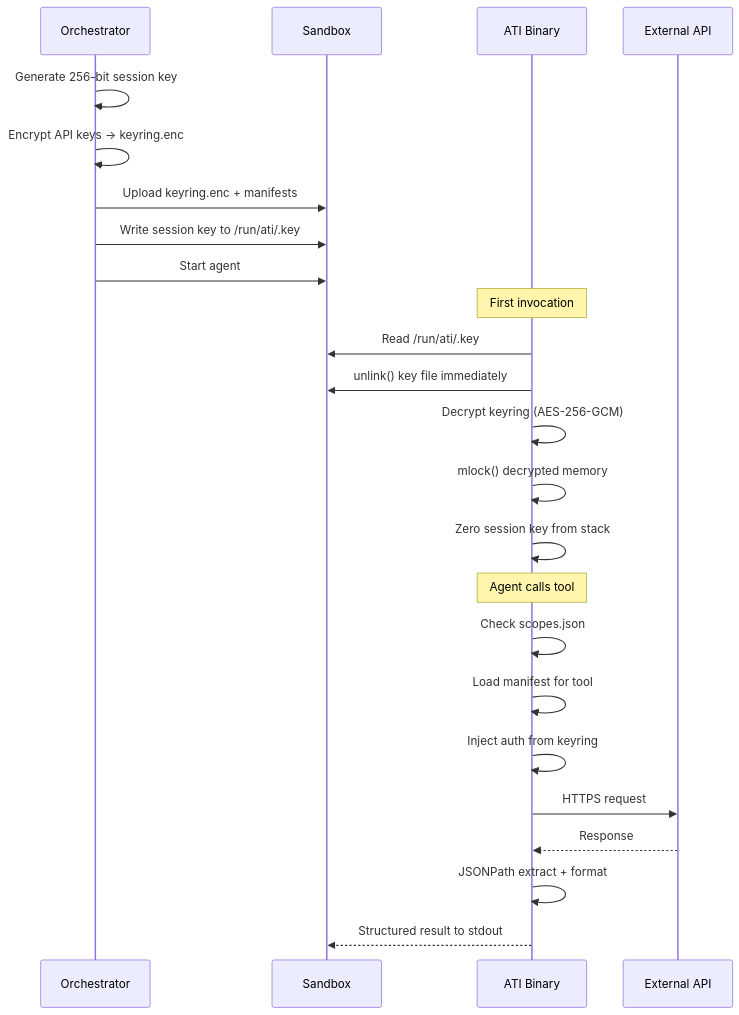
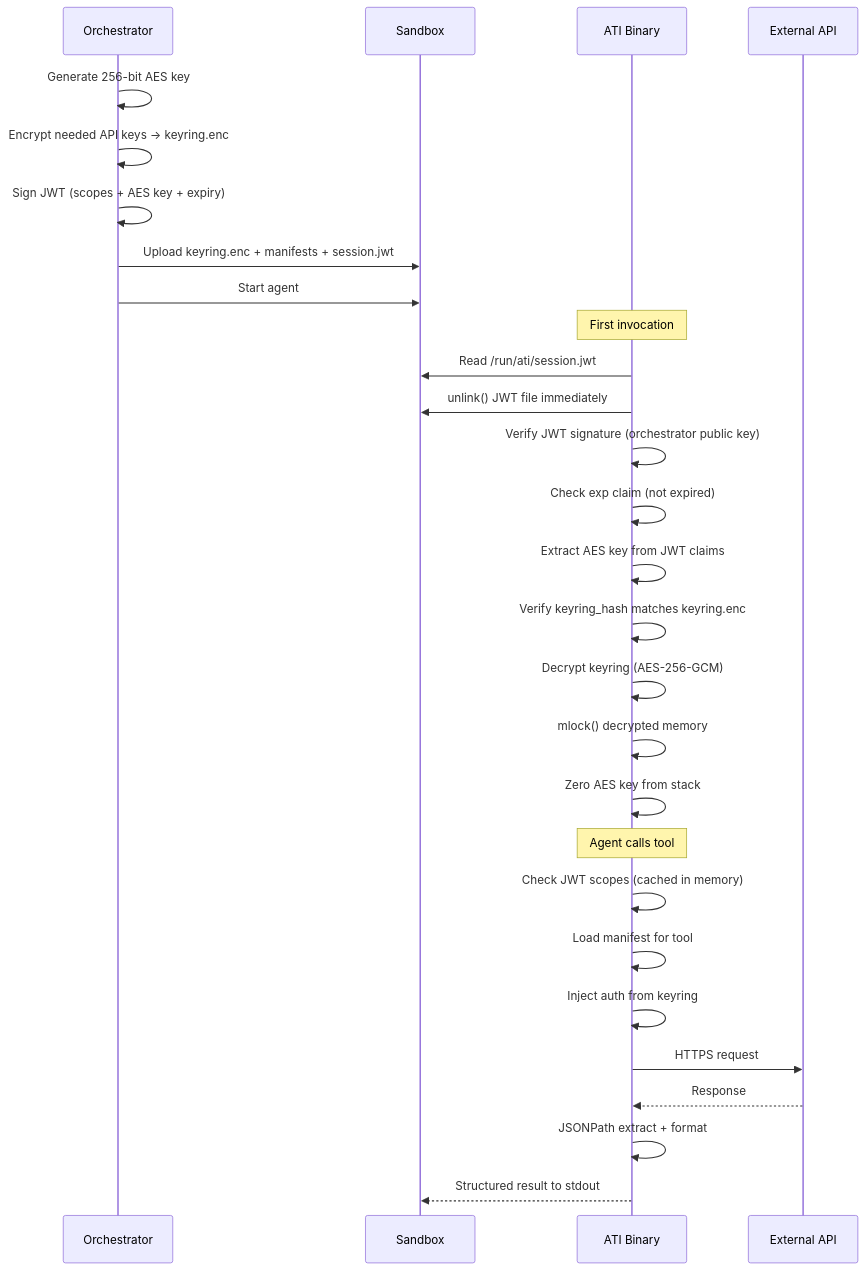
One commit to Parcha-ai/ati changed the second of 7 diagrams in README.md. Above: the diagram before and after it, drawn with Mermaid. The commit also changed other lines of this file, not shown here.

First line of the commit message:
docs: JWT is the session token — scopes, keyring key, expiry in one signed artifact

````diff
--- a/README.md
+++ b/README.md
@@ -172,29 +201,33 @@
 ```mermaid
 sequenceDiagram
     participant O as Orchestrator
     participant S as Sandbox
     participant ATI as ATI Binary
     participant API as External API
 
-    O->>O: Generate 256-bit session key
-    O->>O: Encrypt API keys → keyring.enc
-    O->>S: Upload keyring.enc + manifests
-    O->>S: Write session key to /run/ati/.key
+    O->>O: Generate 256-bit AES key
+    O->>O: Encrypt needed API keys → keyring.enc
+    O->>O: Sign JWT (scopes + AES key + expiry)
+    O->>S: Upload keyring.enc + manifests + session.jwt
     O->>S: Start agent
 
     Note over ATI: First invocation
-    ATI->>S: Read /run/ati/.key
-    ATI->>S: unlink() key file immediately
+    ATI->>S: Read /run/ati/session.jwt
+    ATI->>S: unlink() JWT file immediately
+    ATI->>ATI: Verify JWT signature (orchestrator public key)
+    ATI->>ATI: Check exp claim (not expired)
+    ATI->>ATI: Extract AES key from JWT claims
+    ATI->>ATI: Verify keyring_hash matches keyring.enc
     ATI->>ATI: Decrypt keyring (AES-256-GCM)
     ATI->>ATI: mlock() decrypted memory
-    ATI->>ATI: Zero session key from stack
+    ATI->>ATI: Zero AES key from stack
 
     Note over ATI: Agent calls tool
-    ATI->>ATI: Check scopes.json
+    ATI->>ATI: Check JWT scopes (cached in memory)
     ATI->>ATI: Load manifest for tool
     ATI->>ATI: Inject auth from keyring
     ATI->>API: HTTPS request
     API-->>ATI: Response
     ATI->>ATI: JSONPath extract + format
     ATI-->>S: Structured result to stdout
 ```
````
